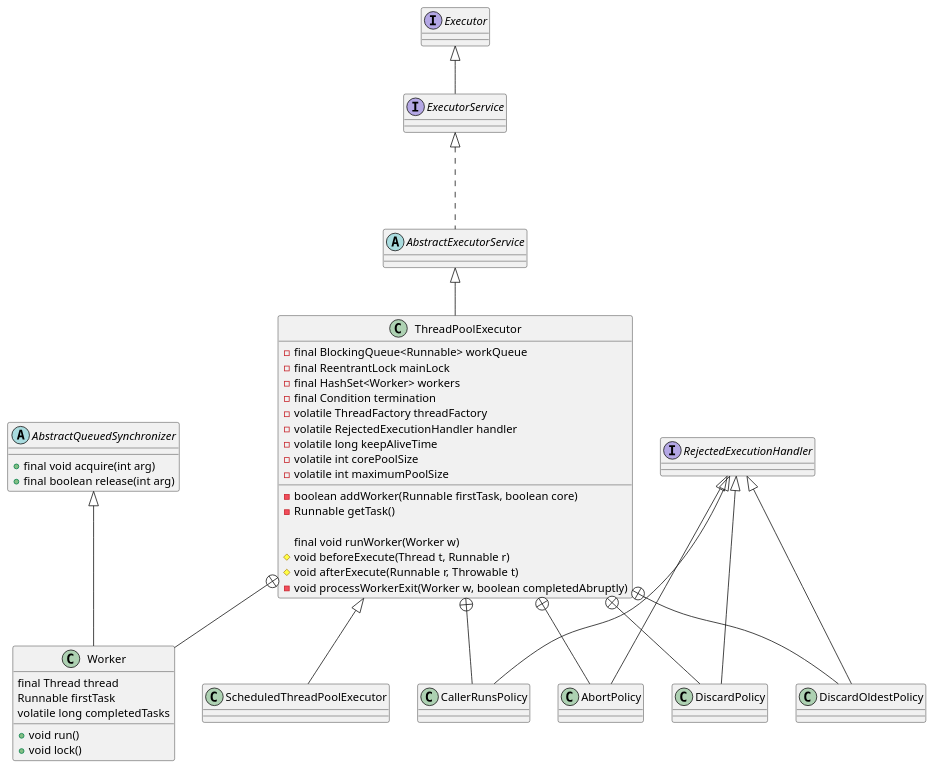
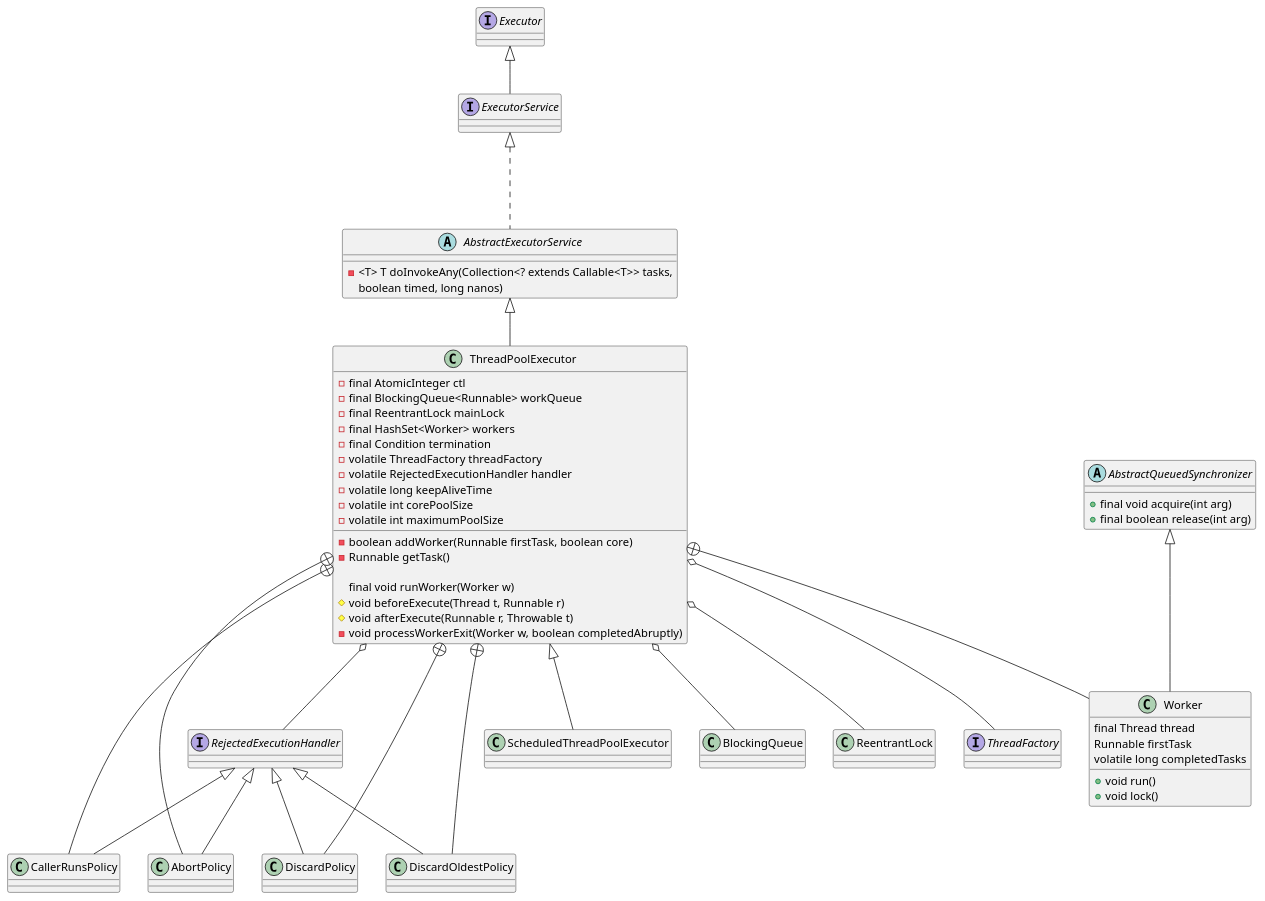
Before and after one commit to onlyonion/development: the first of 3 diagrams in 10-java/src/java/concurrent/ThreadPoolExecutor.md, drawn with PlantUML. The commit also changed other lines of this file and 49 other files, not shown here.

````diff
--- a/10-java/src/java/concurrent/ThreadPoolExecutor.md
+++ b/10-java/src/java/concurrent/ThreadPoolExecutor.md
@@ -19,68 +29,79 @@
 ```plantuml
 @startuml
 
 '''''''''''''''''''' Executor ''''''''''''''''''''
 interface Executor
 interface ExecutorService
 Executor <|-- ExecutorService
 abstract class AbstractExecutorService {
+
+    - <T> T doInvokeAny(Collection<? extends Callable<T>> tasks,
+        boolean timed, long nanos)
 }
 ExecutorService <|-.- AbstractExecutorService
 
 '''''''''''''''''''' ThreadPoolExecutor ''''''''''''''''''''
 class ThreadPoolExecutor {
+    - final AtomicInteger ctl
     - final BlockingQueue<Runnable> workQueue
     - final ReentrantLock mainLock
     - final HashSet<Worker> workers
     - final Condition termination
     - volatile ThreadFactory threadFactory
     - volatile RejectedExecutionHandler handler
     - volatile long keepAliveTime
     - volatile int corePoolSize
     - volatile int maximumPoolSize
     
     - boolean addWorker(Runnable firstTask, boolean core)
     - Runnable getTask()
     
     final void runWorker(Worker w)
     # void beforeExecute(Thread t, Runnable r)
     # void afterExecute(Runnable r, Throwable t)
     - void processWorkerExit(Worker w, boolean completedAbruptly)
 }
 AbstractExecutorService <|-- ThreadPoolExecutor
+
+ThreadPoolExecutor o-- BlockingQueue
+ThreadPoolExecutor o-- ReentrantLock
+ThreadPoolExecutor o-- ThreadFactory
+ThreadPoolExecutor o-- RejectedExecutionHandler
+
+interface ThreadFactory
 
 '''''''''''''''''''' Worker ''''''''''''''''''''
 abstract class AbstractQueuedSynchronizer {
     + final void acquire(int arg)
     + final boolean release(int arg)
 }
 class Worker {
     final Thread thread
     Runnable firstTask
     volatile long completedTasks
     + void run()
     + void lock()
 }
 
 AbstractQueuedSynchronizer <|-- Worker
 ThreadPoolExecutor +-- Worker
 
 '''''''''''''''''''' RejectedExecutionHandler ''''''''''''''''''''
 interface RejectedExecutionHandler
 
 RejectedExecutionHandler <|-- CallerRunsPolicy
 RejectedExecutionHandler <|-- AbortPolicy
 RejectedExecutionHandler <|-- DiscardPolicy
 RejectedExecutionHandler <|-- DiscardOldestPolicy
 
 ThreadPoolExecutor +-- CallerRunsPolicy
 ThreadPoolExecutor +-- AbortPolicy
 ThreadPoolExecutor +-- DiscardPolicy
 ThreadPoolExecutor +-- DiscardOldestPolicy
 
 '''''''''''''''''''' ScheduledThreadPoolExecutor ''''''''''''''''''''
 class ScheduledThreadPoolExecutor
 ThreadPoolExecutor <|-- ScheduledThreadPoolExecutor
 
 @enduml
 ```
````
